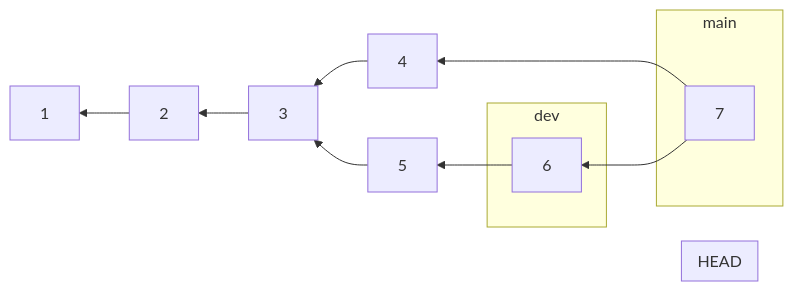
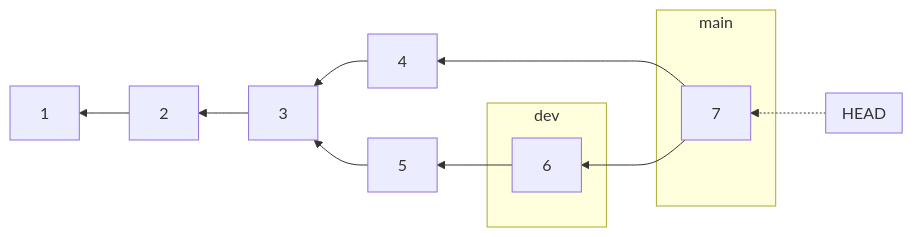
One commit to ualjjcanada/ejemplosMermade changed the sixth of 6 diagrams in README.md. Above: the diagram before and after it, drawn with Mermaid.

````diff
--- a/README.md
+++ b/README.md
@@ -67,20 +67,21 @@
 ```mermaid
     flowchart RL;
     2-->1;
     3-->2;
     4-->3;
     5-->3;
     6-->5;
     7-->6;
     7-->4;
     subgraph main
     7
     end;
     subgraph dev
     6
     end;
     subgraph HEAD
     7
     end;
+    HEAD -.-> 7
     
 ```
````
